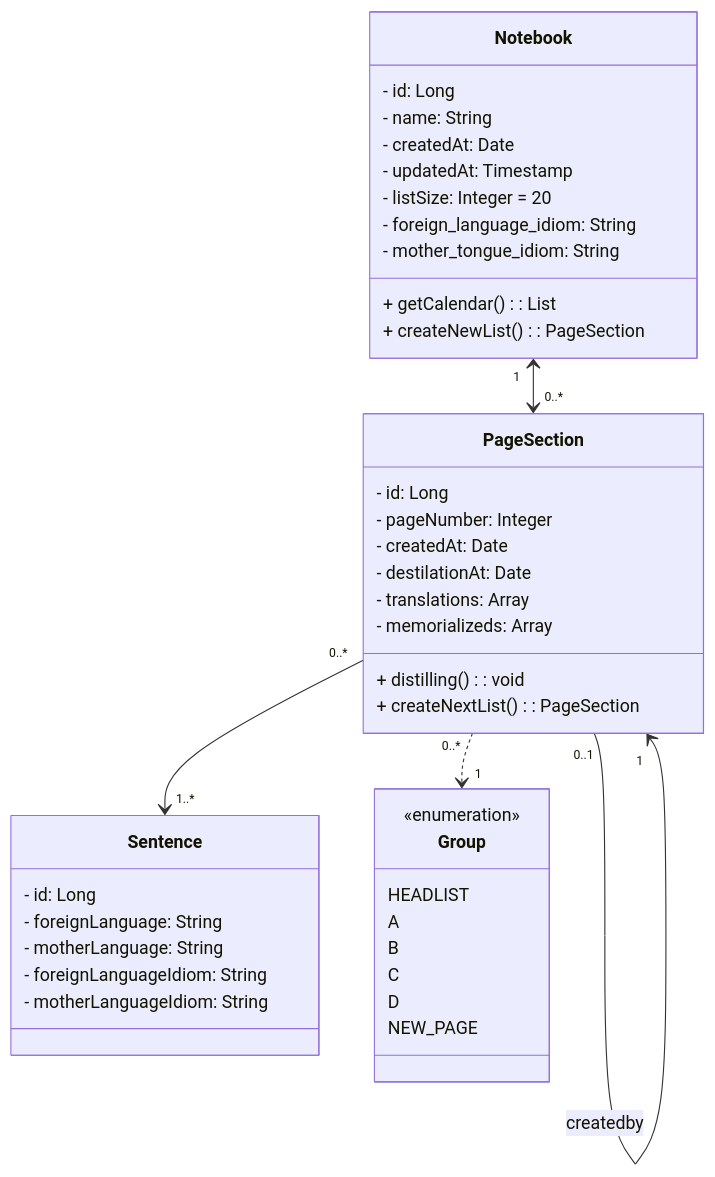
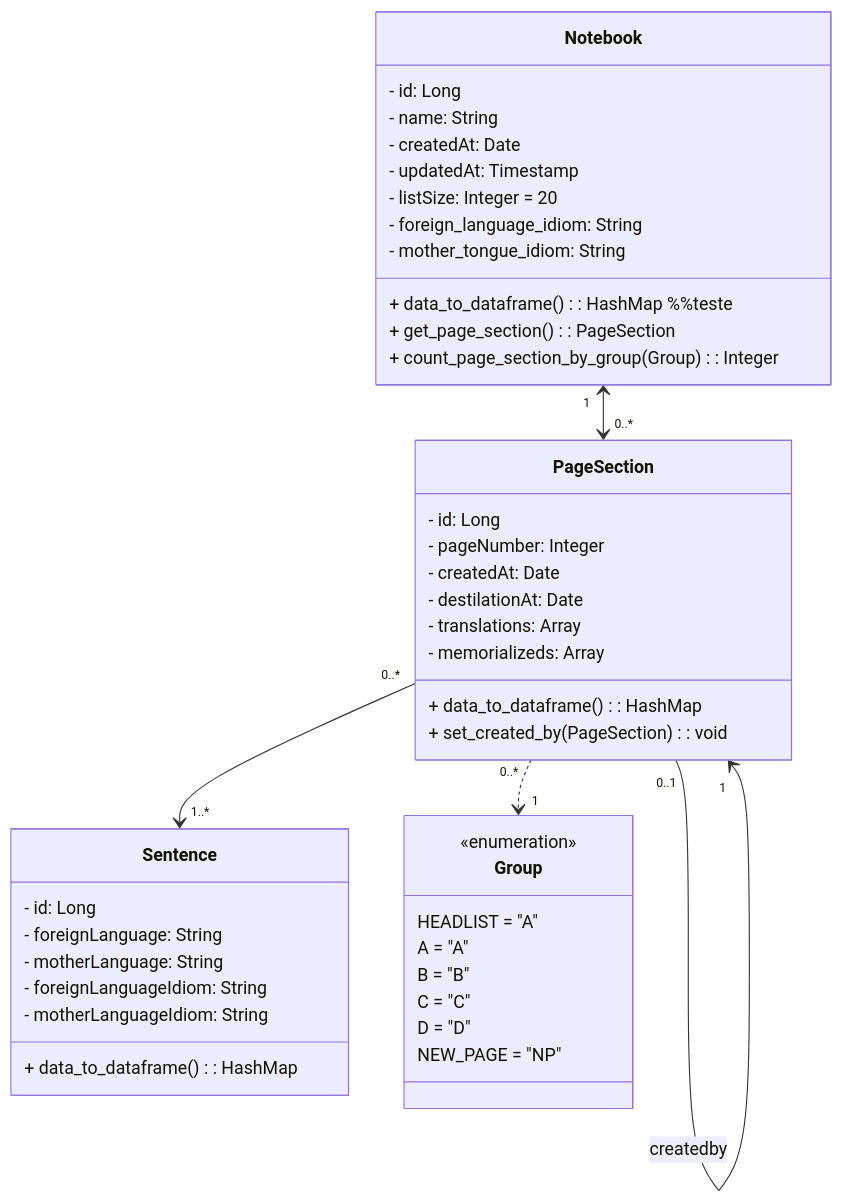
Before and after one commit to microrepar/gold-list-method: the diagram in .documentation/ClassDiagramGoldList.md, drawn with Mermaid.

Commit message:
Update class diagram

````diff
--- a/.documentation/ClassDiagramGoldList.md
+++ b/.documentation/ClassDiagramGoldList.md
@@ -1,49 +1,53 @@
 ```mermaid
     classDiagram
         class Notebook {
             - id: Long
             - name: String
             - createdAt: Date
             - updatedAt: Timestamp
             - listSize: Integer = 20
             - foreign_language_idiom: String
             - mother_tongue_idiom: String
 
-            + getCalendar(): List<Date>
-            + createNewList(): PageSection
+            + data_to_dataframe(): HashMap %%teste
+            + get_page_section(): PageSection
+            + count_page_section_by_group(Group): Integer 
         }        
 
         class PageSection {
             - id: Long
             - pageNumber: Integer
             - createdAt: Date
             - destilationAt: Date
             - translations: Array<String>
             - memorializeds: Array<Boolean>
-            + distilling(): void
-            + createNextList(): PageSection
+
+            + data_to_dataframe(): HashMap
+            + set_created_by(PageSection): void
         }
 
         class Sentence {
             - id: Long
             - foreignLanguage: String
             - motherLanguage: String
             - foreignLanguageIdiom: String      
-            - motherLanguageIdiom: String      
+            - motherLanguageIdiom: String   
+
+            + data_to_dataframe(): HashMap
         }
 
         class Group {
             <<enumeration>>
-            HEADLIST
-            A
-            B
-            C
-            D
-            NEW_PAGE
+            HEADLIST = "A"
+            A        = "A"
+            B        = "B"
+            C        = "C"
+            D        = "D"
+            NEW_PAGE = "NP"
         }
     
-        Notebook "1" <--> "0..*" PageSection
-        PageSection "0..1" --> "1" PageSection: createdby
-        PageSection "0..*" --> "1..*" Sentence
-        PageSection "0..*" ..> "1" Group
+        Notebook "1"        <-->    "0..*" PageSection
+        PageSection "0..1"   -->    "1" PageSection: createdby
+        PageSection "0..*"   -->    "1..*" Sentence
+        PageSection "0..*"   ..>    "1" Group
 ```
````
